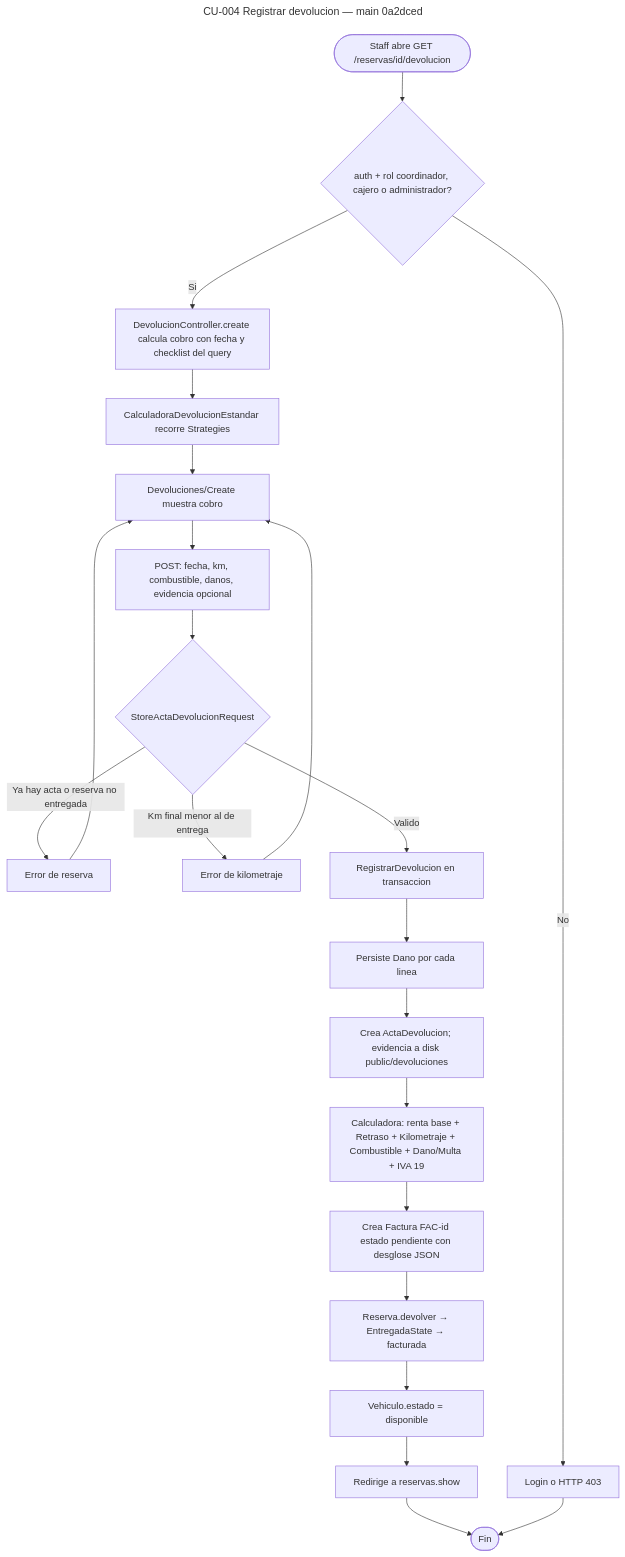
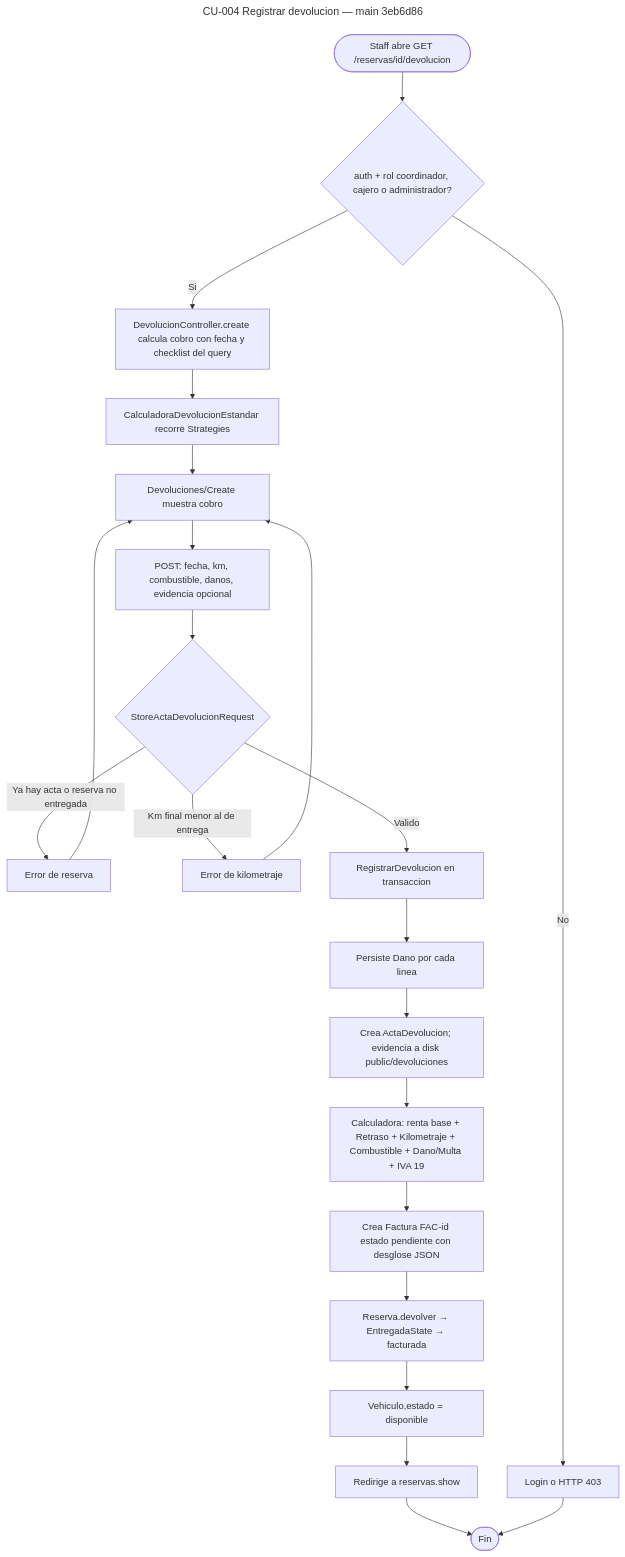
The diagram in docs/entrega-2/diagramas/actividad-cu004-registrar-devolucion.mmd (molxno/renta-vehiculos), drawn with Mermaid before and after one commit. The commit also changed 8 other files, not shown here.

First line of the commit message:
Diagramas Entrega 2 (.mmd) (#65)

```diff
--- a/docs/entrega-2/diagramas/actividad-cu004-registrar-devolucion.mmd
+++ b/docs/entrega-2/diagramas/actividad-cu004-registrar-devolucion.mmd
@@ -1,25 +1,25 @@
 ---
-title: CU-004 Registrar devolucion — main 0a2dced
+title: CU-004 Registrar devolucion — main 3eb6d86
 ---
 flowchart TD
     start([Staff abre GET /reservas/id/devolucion]) --> mw{auth + rol coordinador, cajero o administrador?}
     mw -->|No| login[Login o HTTP 403]
     mw -->|Si| preview[DevolucionController.create calcula cobro con fecha y checklist del query]
     preview --> calcPrev[CalculadoraDevolucionEstandar recorre Strategies]
     calcPrev --> form[Devoluciones/Create muestra cobro]
     form --> post[POST: fecha, km, combustible, danos, evidencia opcional]
     post --> rules{StoreActaDevolucionRequest}
     rules -->|Ya hay acta o reserva no entregada| errEstado[Error de reserva]
     errEstado --> form
     rules -->|Km final menor al de entrega| errKm[Error de kilometraje]
     errKm --> form
     rules -->|Valido| action[RegistrarDevolucion en transaccion]
     action --> danos[Persiste Dano por cada linea]
     danos --> acta[Crea ActaDevolucion; evidencia a disk public/devoluciones]
     acta --> calc[Calculadora: renta base + Retraso + Kilometraje + Combustible + Dano/Multa + IVA 19]
     calc --> fac[Crea Factura FAC-id estado pendiente con desglose JSON]
     fac --> state[Reserva.devolver → EntregadaState → facturada]
     state --> veh[Vehiculo.estado = disponible]
     veh --> show[Redirige a reservas.show]
     show --> fin([Fin])
     login --> fin
```
